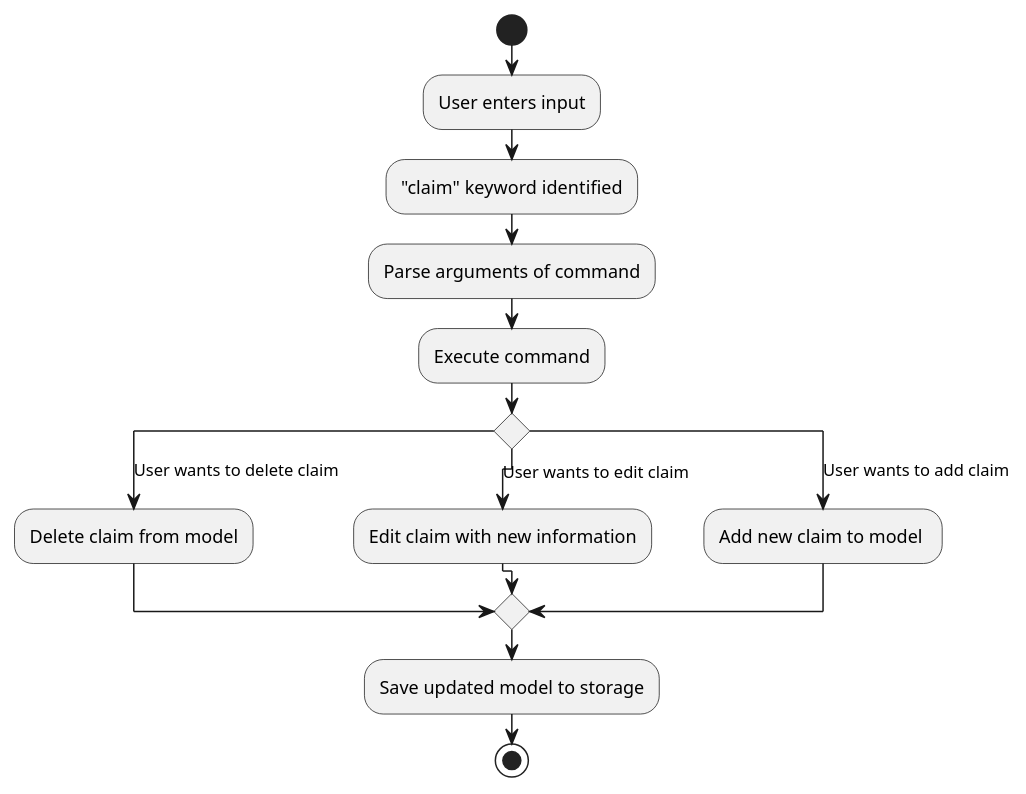
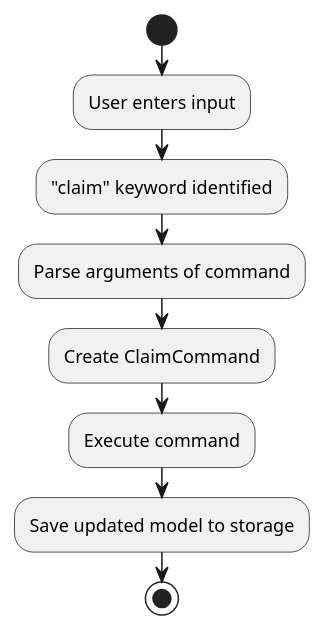
The diagram in docs/diagrams/ClaimOverallActivityDiagram.puml (nus-cs2103-AY2122S1/tp), drawn with PlantUML before and after one commit. The commit also changed 7 other files, not shown here.

```diff
--- a/docs/diagrams/ClaimOverallActivityDiagram.puml
+++ b/docs/diagrams/ClaimOverallActivityDiagram.puml
@@ -1,17 +1,13 @@
 @startuml
 start
 :User enters input;
 :"claim" keyword identified;
+
 :Parse arguments of command;
+:Create ClaimCommand;
+
 :Execute command;
-switch()
-case (User wants to delete claim)
-    :Delete claim from model;
-case (User wants to edit claim)
-    :Edit claim with new information;
-case (User wants to add claim)
-    :Add new claim to model ;
-endswitch
+
 :Save updated model to storage;
 stop
 @enduml
```
